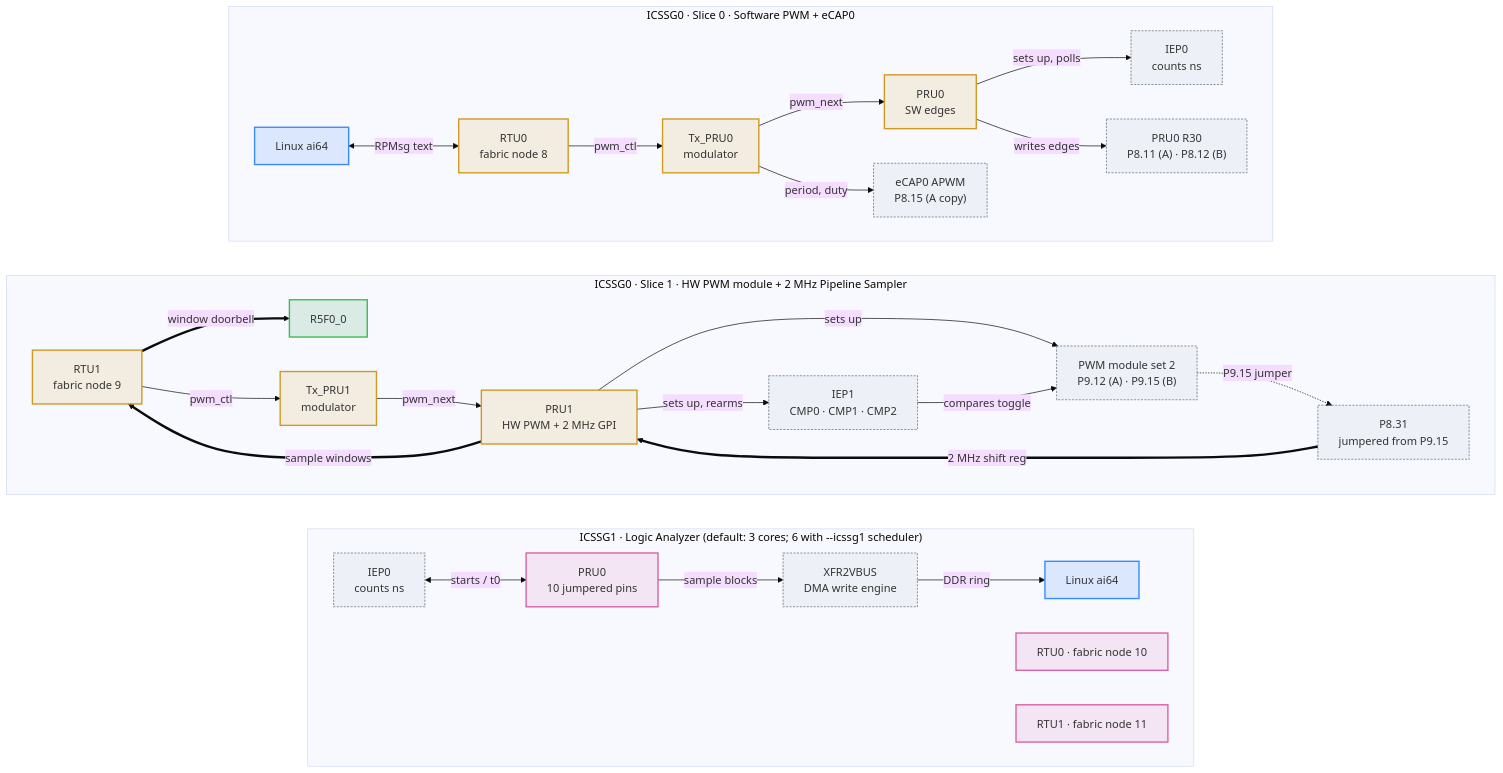
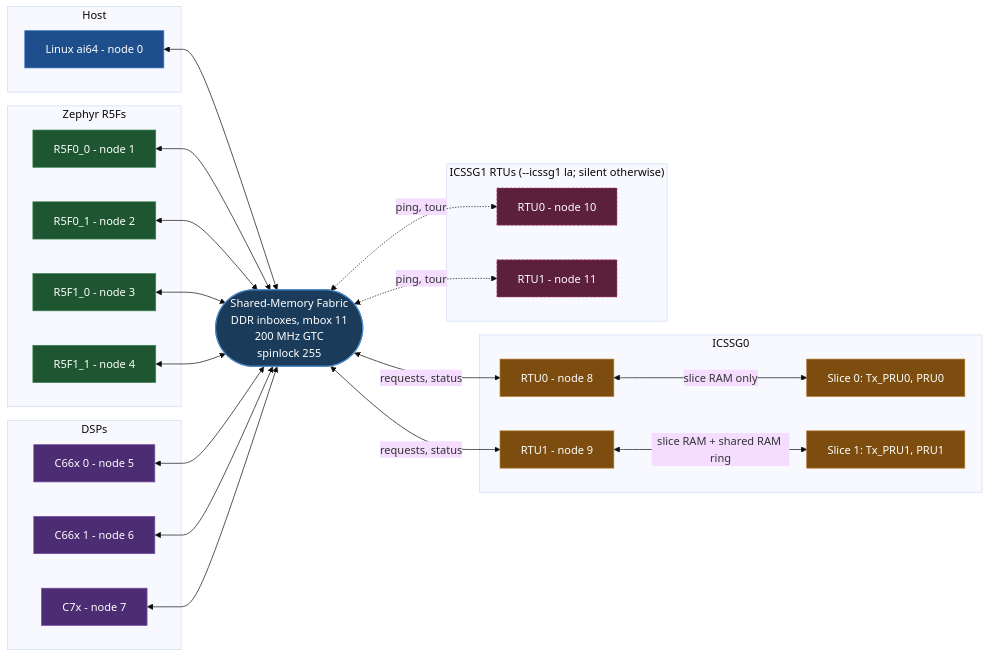
The second of 4 diagrams in README.md (kevinacahalan/BeagleBoneAI64-linux-zephyr-pru-c7x-c66x-demo), drawn with Mermaid (base theme) before and after one commit. The commit also changed other lines of this file, not shown here.

Commit message:
Docs: refine README architecture diagrams (flat colors, ICSSG0 layout, separate ICSSG1 options)

````diff
--- a/README.md
+++ b/README.md
@@ -133,43 +172,51 @@
 ```mermaid
-flowchart TB
-  classDef host fill:#1f6feb22,stroke:#388bfd,stroke-width:2px
-  classDef r5 fill:#23863622,stroke:#3fb950,stroke-width:2px
-  classDef g0 fill:#d2992222,stroke:#d29922,stroke-width:2px
-  classDef g1 fill:#db61a222,stroke:#db61a2,stroke-width:2px
-  classDef periph fill:#8b949e18,stroke:#8b949e,stroke-width:1.5px,stroke-dasharray:3 2
+flowchart LR
+  classDef host fill:#1f4e8c,stroke:#3b76c4,stroke-width:1px,color:#ffffff
+  classDef r5 fill:#1e5631,stroke:#3a8252,stroke-width:1px,color:#ffffff
+  classDef dsp fill:#4c2c72,stroke:#764fa6,stroke-width:1px,color:#ffffff
+  classDef g0 fill:#7c4d0f,stroke:#b07323,stroke-width:1px,color:#ffffff
+  classDef g1opt fill:#5c203c,stroke:#b04a78,stroke-width:1px,stroke-dasharray:4 2,color:#ffffff
+  classDef fab fill:#1b3b5a,stroke:#4a86c8,stroke-width:1.5px,color:#ffffff
 
-  subgraph S00["ICSSG0 · Slice 0 · Software PWM + eCAP0"]
-    direction LR
-    ai64_0["Linux ai64"]:::host <-->|"RPMsg text"| rtu0["RTU0<br/>fabric node 8"]:::g0
-    rtu0 -->|"pwm_ctl"| tx0["Tx_PRU0<br/>modulator"]:::g0
-    tx0 -->|"pwm_next"| pru0["PRU0<br/>SW edges"]:::g0
-    tx0 -->|"period, duty"| ecap["eCAP0 APWM<br/>P8.15 (A copy)"]:::periph
-    pru0 -->|"sets up, polls"| iep0["IEP0<br/>counts ns"]:::periph
-    pru0 -->|"writes edges"| r30["PRU0 R30<br/>P8.11 (A) · P8.12 (B)"]:::periph
+  fab(["Shared-Memory Fabric<br/>DDR inboxes, mbox 11<br/>200 MHz GTC<br/>spinlock 255"]):::fab
+
+  subgraph H["Host"]
+    l["Linux ai64 - node 0"]:::host
+  end
+  subgraph R["Zephyr R5Fs"]
+    r500["R5F0_0 - node 1"]:::r5
+    r501["R5F0_1 - node 2"]:::r5
+    r510["R5F1_0 - node 3"]:::r5
+    r511["R5F1_1 - node 4"]:::r5
+  end
+  subgraph D["DSPs"]
+    c660["C66x 0 - node 5"]:::dsp
+    c661["C66x 1 - node 6"]:::dsp
+    c7x["C7x - node 7"]:::dsp
+  end
+  subgraph G0F["ICSSG0"]
+    rtu0["RTU0 - node 8"]:::g0
+    rtu1["RTU1 - node 9"]:::g0
+    s0["Slice 0: Tx_PRU0, PRU0"]:::g0
+    s1["Slice 1: Tx_PRU1, PRU1"]:::g0
+  end
+  subgraph G1F["ICSSG1 RTUs (--icssg1 la; silent otherwise)"]
+    g1r0["RTU0 - node 10"]:::g1opt
+    g1r1["RTU1 - node 11"]:::g1opt
   end
 
-  subgraph S01["ICSSG0 · Slice 1 · HW PWM module + 2 MHz Pipeline Sampler"]
-    direction LR
-    r500_1["R5F0_0"]:::r5
-    rtu1["RTU1<br/>fabric node 9"]:::g0 ==>|"window doorbell"| r500_1
-    rtu1 -->|"pwm_ctl"| tx1["Tx_PRU1<br/>modulator"]:::g0
-    tx1 -->|"pwm_next"| pru1["PRU1<br/>HW PWM + 2 MHz GPI"]:::g0
-    pru1 -->|"sets up, rearms"| iep1["IEP1<br/>CMP0 · CMP1 · CMP2"]:::periph
-    pru1 -->|"sets up"| pwm2["PWM module set 2<br/>P9.12 (A) · P9.15 (B)"]:::periph
-    iep1 -->|"compares toggle"| pwm2
-    pwm2 -.->|"P9.15 jumper"| p831["P8.31<br/>jumpered from P9.15"]:::periph
-    p831 ==>|"2 MHz shift reg"| pru1
-    pru1 ==>|"sample windows"| rtu1
-  end
-
-  subgraph G1["ICSSG1 · Logic Analyzer (default: 3 cores; 6 with --icssg1 scheduler)"]
-    direction LR
-    g1iep["IEP0<br/>counts ns"]:::periph <-->|"starts / t0"| lapru["PRU0<br/>10 jumpered pins"]:::g1
-    lapru -->|"sample blocks"| lax2v["XFR2VBUS<br/>DMA write engine"]:::periph
-    lax2v -->|"DDR ring"| ai64_1["Linux ai64"]:::host
-    g1r0["RTU0 · fabric node 10"]:::g1
-    g1r1["RTU1 · fabric node 11"]:::g1
-  end
-
-  ai64_0 ~~~ r500_1 ~~~ g1iep
+  l <--> fab
+  r500 <--> fab
+  r501 <--> fab
+  r510 <--> fab
+  r511 <--> fab
+  c660 <--> fab
+  c661 <--> fab
+  c7x <--> fab
+  fab <-->|"requests, status"| rtu0
+  fab <-->|"requests, status"| rtu1
+  rtu0 <-->|"slice RAM only"| s0
+  rtu1 <-->|"slice RAM + shared RAM ring"| s1
+  fab <-.->|"ping, tour"| g1r0
+  fab <-.->|"ping, tour"| g1r1
 ```
````
